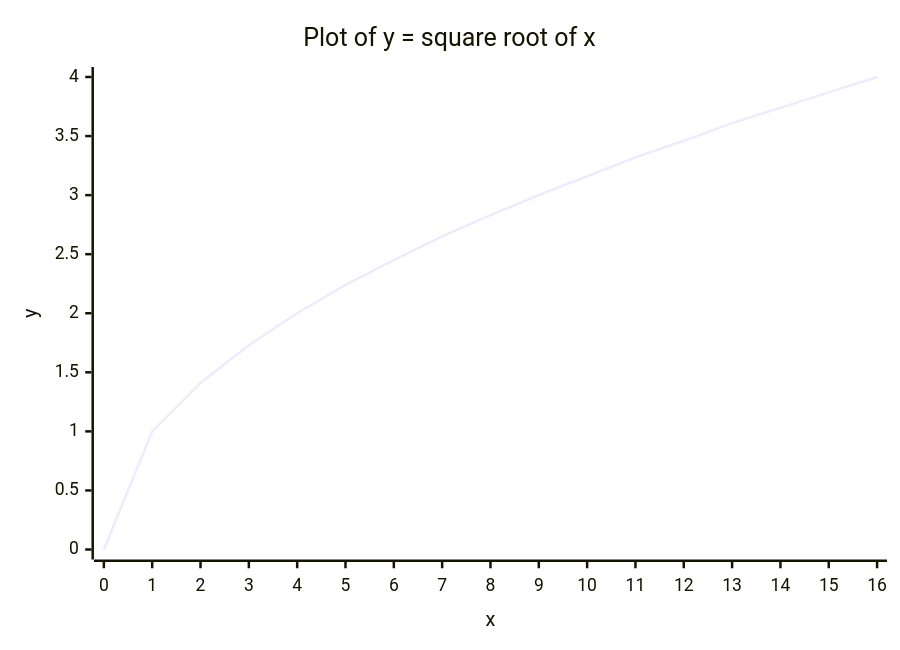
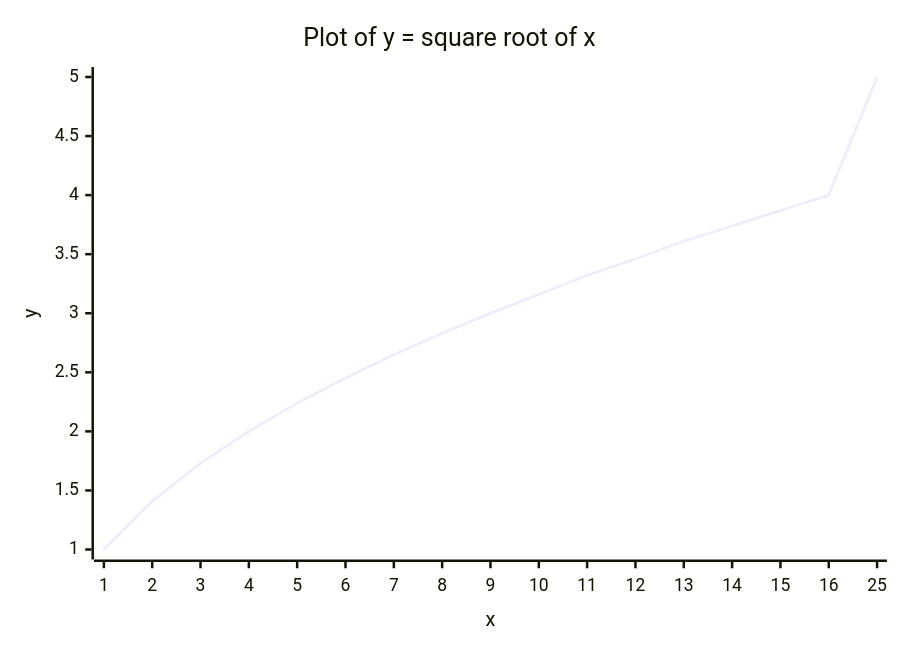
Before and after one commit to wayne-whitley/simple-initial-repository: the diagram in README.md, drawn with Mermaid.

````diff
--- a/README.md
+++ b/README.md
@@ -7,7 +7,7 @@
 ```mermaid
 xychart-beta
     title "Plot of y = square root of x"
-    x-axis "x" [0, 1, 2, 3, 4, 5, 6, 7, 8, 9, 10, 11, 12, 13, 14, 15, 16]
-    y-axis "y" 0 --> 4
-    line [0.0, 1.0, 1.41, 1.73, 2.0, 2.24, 2.45, 2.65, 2.83, 3.0, 3.16, 3.32, 3.46, 3.61, 3.74, 3.87, 4.0]
+    x-axis "x" [1, 2, 3, 4, 5, 6, 7, 8, 9, 10, 11, 12, 13, 14, 15, 16, 25]
+    y-axis "y" 1 --> 5
+    line [1.0, 1.41, 1.73, 2.0, 2.24, 2.45, 2.65, 2.83, 3.0, 3.16, 3.32, 3.46, 3.61, 3.74, 3.87, 4.0, 5.0]
 ```
````
